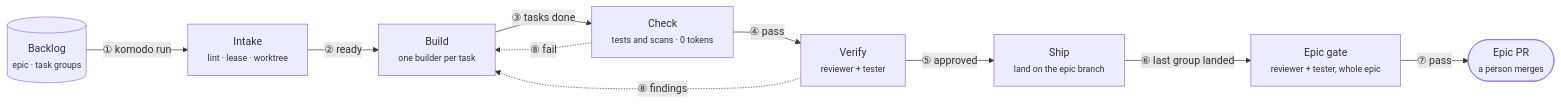
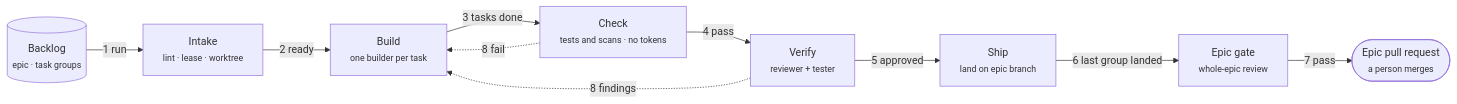
Before and after one commit to rdevitto86/komodo-agentic-harness-coding: the first of 46 diagrams in docs/hld.md, drawn with Mermaid. The commit also changed other lines of this file and 2 other files, not shown here.

First line of the commit message:
docs: HLD rewritten as an architecture-only document with 14 subsystem pages and the former Appendix S folded in

````diff
--- a/docs/hld.md
+++ b/docs/hld.md
@@ -32,20 +53,20 @@
 ```mermaid
 flowchart LR
   BL[("Backlog<br><small>epic · task groups</small>")]:::store
   I["Intake<br><small>lint · lease · worktree</small>"]
   B["Build<br><small>one builder per task</small>"]:::core
-  C["Check<br><small>tests and scans · 0 tokens</small>"]
+  C["Check<br><small>tests and scans · no tokens</small>"]
   V["Verify<br><small>reviewer + tester</small>"]:::core
-  SH["Ship<br><small>land on the epic branch</small>"]
-  EG["Epic gate<br><small>reviewer + tester, whole epic</small>"]:::core
-  PR(["Epic PR<br><small>a person merges</small>"]):::ok
-  BL -->|"① komodo run"| I
-  I -->|"② ready"| B
-  B -->|"③ tasks done"| C
-  C -->|"④ pass"| V
-  V -->|"⑤ approved"| SH
-  SH -->|"⑥ last group landed"| EG
-  EG -->|"⑦ pass"| PR
-  C -.->|"⑧ fail"| B
-  V -.->|"⑧ findings"| B
+  SH["Ship<br><small>land on epic branch</small>"]
+  EG["Epic gate<br><small>whole-epic review</small>"]:::core
+  PR(["Epic pull request<br><small>a person merges</small>"]):::ok
+  BL -->|"1 run"| I
+  I -->|"2 ready"| B
+  B -->|"3 tasks done"| C
+  C -->|"4 pass"| V
+  V -->|"5 approved"| SH
+  SH -->|"6 last group landed"| EG
+  EG -->|"7 pass"| PR
+  C -.->|"8 fail"| B
+  V -.->|"8 findings"| B
 ```
````
